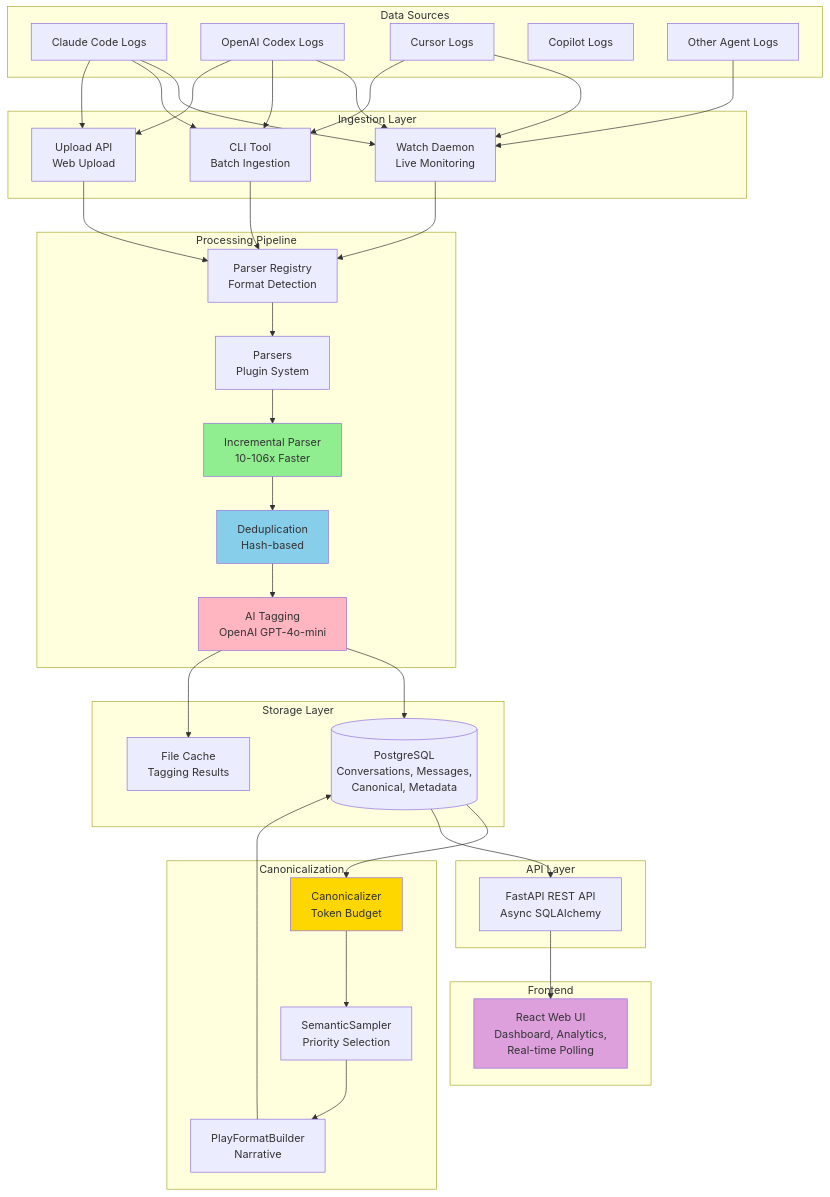
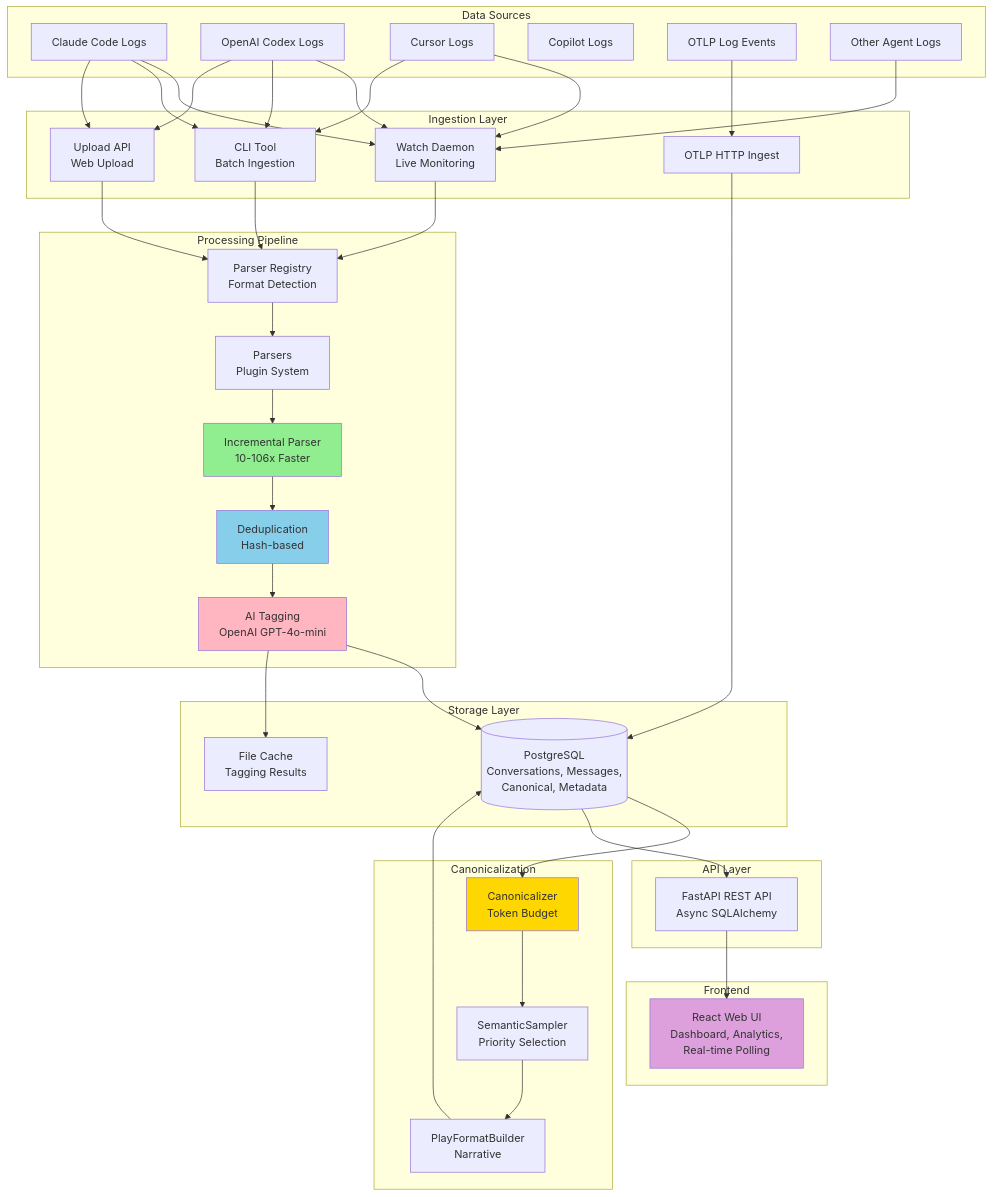
The first of 12 diagrams in docs/ARCHITECTURE.md (kulesh/catsyphon), drawn with Mermaid before and after one commit. The commit also changed other lines of this file and 43 other files, not shown here.

```diff
--- a/docs/ARCHITECTURE.md
+++ b/docs/ARCHITECTURE.md
@@ -39,6 +40,7 @@
         CX[OpenAI Codex Logs]
         CR[Cursor Logs]
         CP[Copilot Logs]
+        OTEL[OTLP Log Events]
         OT[Other Agent Logs]
     end
 
@@ -46,6 +48,7 @@
         WD[Watch Daemon<br/>Live Monitoring]
         CLI[CLI Tool<br/>Batch Ingestion]
         UPLOAD[Upload API<br/>Web Upload]
+        OTLP[OTLP HTTP Ingest]
     end
 
     subgraph "Processing Pipeline"
@@ -84,6 +87,9 @@
     CR --> WD
     CR --> CLI
     OT --> WD
+    OTEL --> OTLP
+
+    OTLP --> PG
 
     WD --> REG
     CLI --> REG
```
